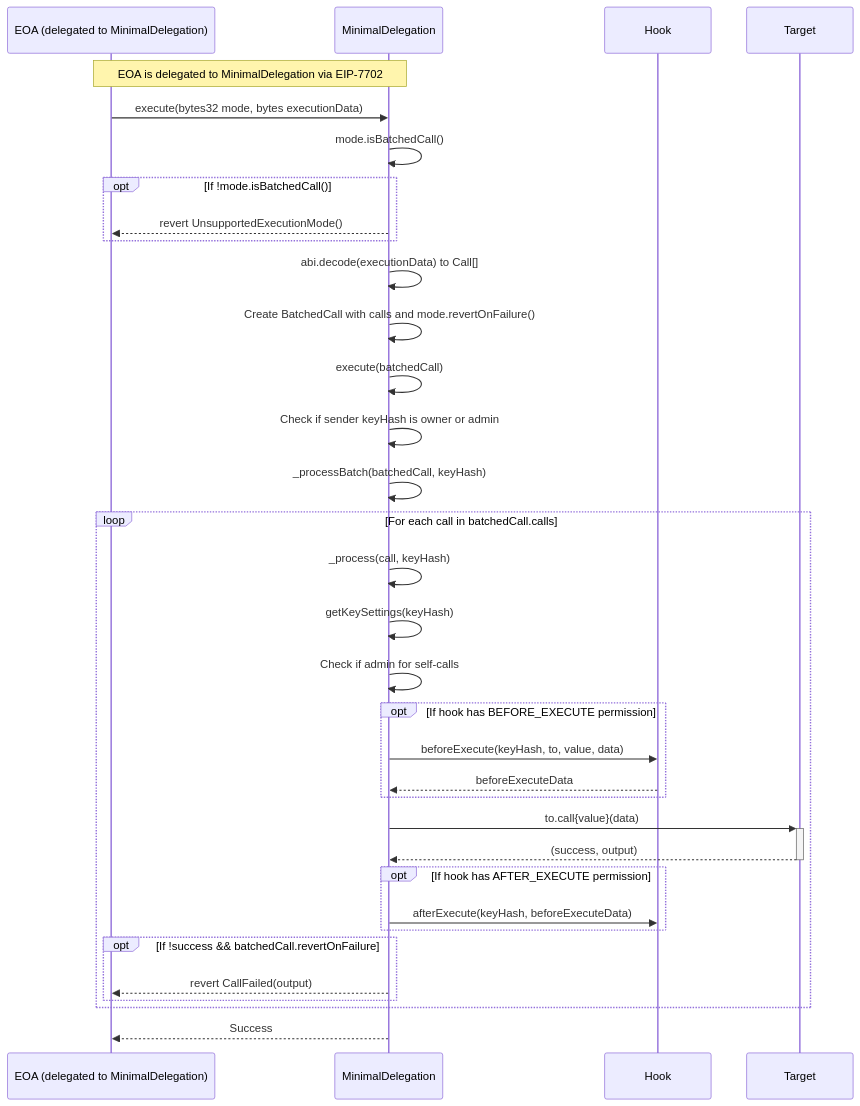
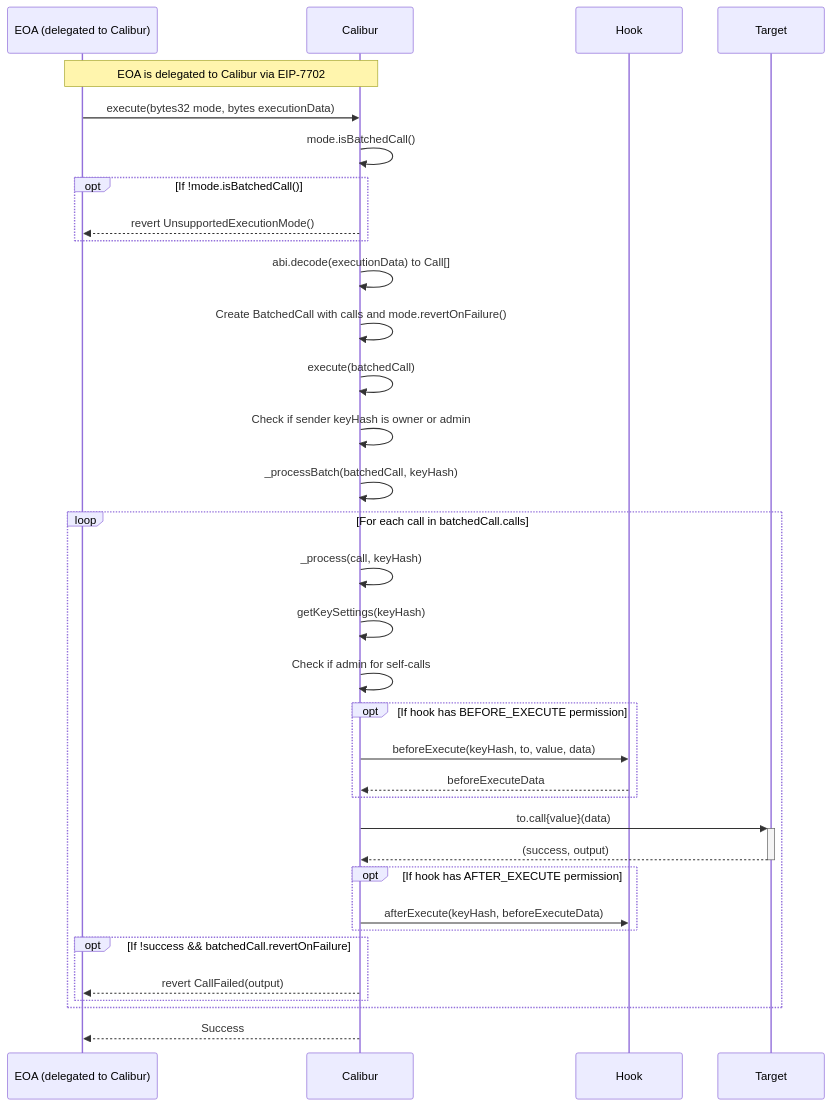
Before and after one commit to Uniswap/minimal-delegation: the fourth of 7 diagrams in README.md, drawn with Mermaid. The commit also changed other lines of this file and 7 other files, not shown here.

````diff
--- a/README.md
+++ b/README.md
@@ -158,44 +158,44 @@
 ```mermaid
 sequenceDiagram
-    participant SignerAccount as EOA (delegated to MinimalDelegation)
-    participant Account as MinimalDelegation
+    participant SignerAccount as EOA (delegated to Calibur)
+    participant Account as Calibur
     participant Hook
     participant Target
     
-    Note over SignerAccount, Account: EOA is delegated to MinimalDelegation via EIP-7702
+    Note over SignerAccount, Account: EOA is delegated to Calibur via EIP-7702
     SignerAccount->>Account: execute(bytes32 mode, bytes executionData)
     Account->>Account: mode.isBatchedCall()
     opt If !mode.isBatchedCall()
         Account-->>SignerAccount: revert UnsupportedExecutionMode()
     end
     
     Account->>Account: abi.decode(executionData) to Call[]
     Account->>Account: Create BatchedCall with calls and mode.revertOnFailure()
     Account->>Account: execute(batchedCall)
     Account->>Account: Check if sender keyHash is owner or admin
     Account->>Account: _processBatch(batchedCall, keyHash)
     
     loop For each call in batchedCall.calls
         Account->>Account: _process(call, keyHash)
         Account->>Account: getKeySettings(keyHash)
         Account->>Account: Check if admin for self-calls
         
         opt If hook has BEFORE_EXECUTE permission
             Account->>Hook: beforeExecute(keyHash, to, value, data)
             Hook-->>Account: beforeExecuteData
         end
         
         Account->>+Target: to.call{value}(data)
         Target-->>-Account: (success, output)
         
         opt If hook has AFTER_EXECUTE permission
             Account->>Hook: afterExecute(keyHash, beforeExecuteData)
         end
         
         opt If !success && batchedCall.revertOnFailure
             Account-->>SignerAccount: revert CallFailed(output)
         end
     end
     
     Account-->>SignerAccount: Success
 ```
````
